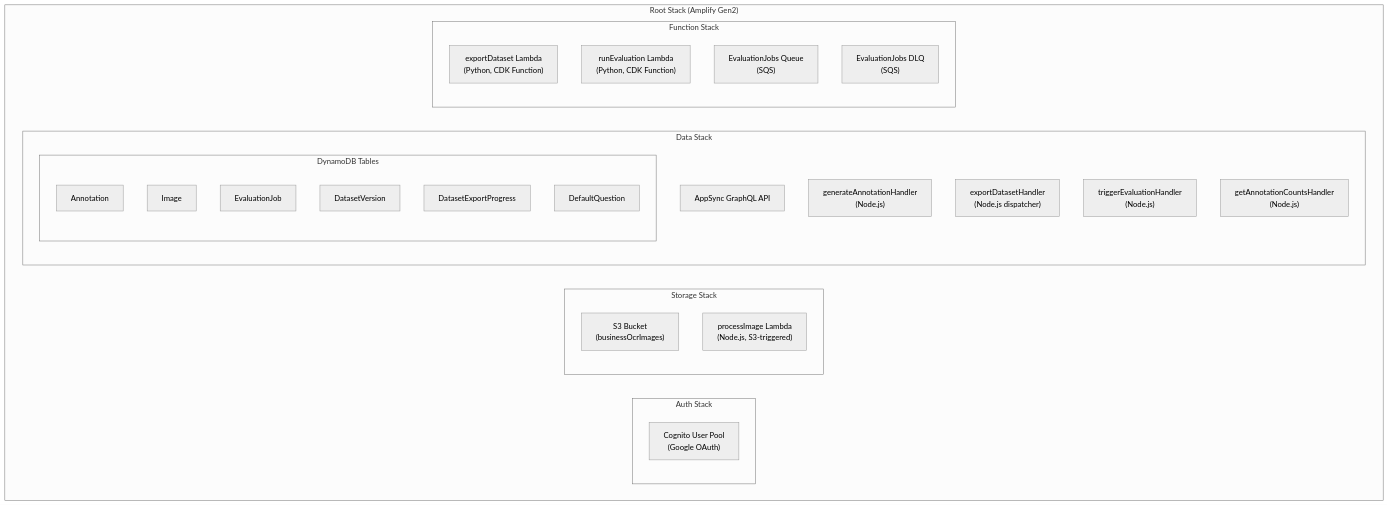
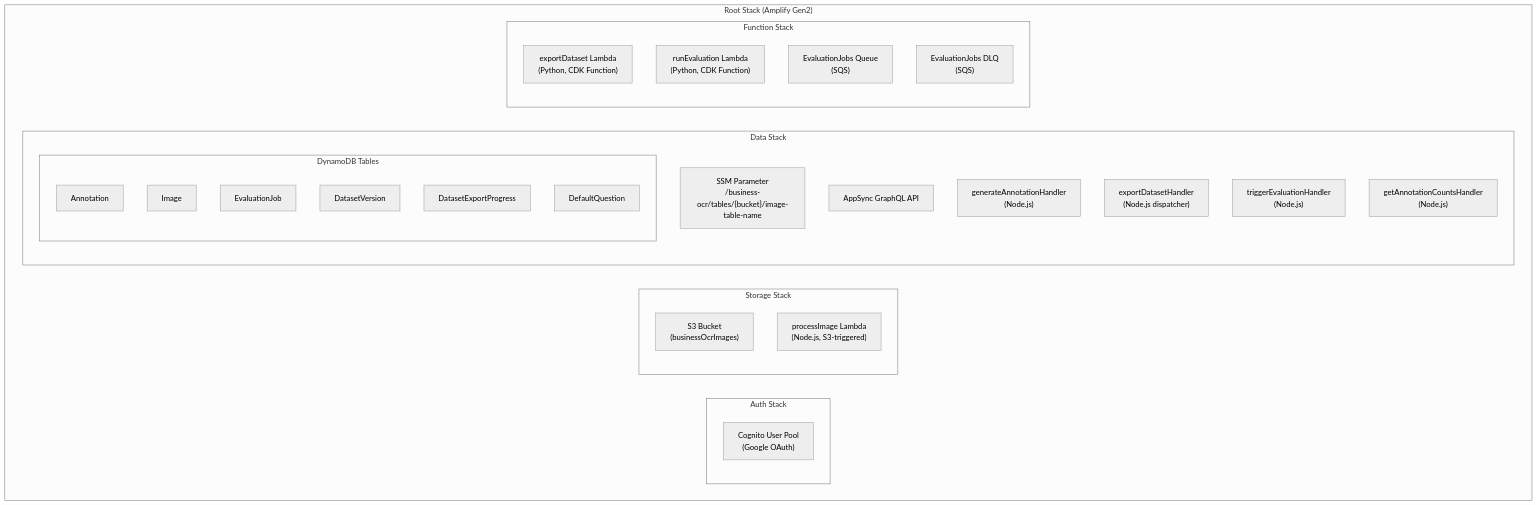
The first of 4 diagrams in spec/design_stack.md (icoxfog417/business-ocr-annotator), drawn with Mermaid (neutral theme) before and after one commit. The commit also changed other lines of this file and 4 other files, not shown here.

First line of the commit message:
fix: Replace ListTables with SSM Parameter Store for Image table discovery

````diff
--- a/spec/design_stack.md
+++ b/spec/design_stack.md
@@ -8,39 +8,40 @@
 ```mermaid
 graph TB
     subgraph ROOT["Root Stack (Amplify Gen2)"]
 
         subgraph AUTH["Auth Stack"]
             CognitoUserPool["Cognito User Pool<br/>(Google OAuth)"]
         end
 
         subgraph STORAGE["Storage Stack"]
             S3Bucket["S3 Bucket<br/>(businessOcrImages)"]
             ProcessImage["processImage Lambda<br/>(Node.js, S3-triggered)"]
         end
 
         subgraph DATA["Data Stack"]
             direction TB
             subgraph Tables["DynamoDB Tables"]
                 AnnotationTable["Annotation"]
                 ImageTable["Image"]
                 EvalJobTable["EvaluationJob"]
                 DatasetVersionTable["DatasetVersion"]
                 ExportProgressTable["DatasetExportProgress"]
                 DefaultQuestionTable["DefaultQuestion"]
             end
+            SSMParam["SSM Parameter<br/>/business-ocr/tables/{bucket}/image-table-name"]
             AppSync["AppSync GraphQL API"]
             GenAnnotation["generateAnnotationHandler<br/>(Node.js)"]
             ExportHandler["exportDatasetHandler<br/>(Node.js dispatcher)"]
             TriggerEval["triggerEvaluationHandler<br/>(Node.js)"]
             GetCounts["getAnnotationCountsHandler<br/>(Node.js)"]
         end
 
         subgraph FUNCTION["Function Stack"]
             ExportDataset["exportDataset Lambda<br/>(Python, CDK Function)"]
             RunEval["runEvaluation Lambda<br/>(Python, CDK Function)"]
             SQSQueue["EvaluationJobs Queue<br/>(SQS)"]
             SQSDLQ["EvaluationJobs DLQ<br/>(SQS)"]
         end
 
     end
 ```
````
